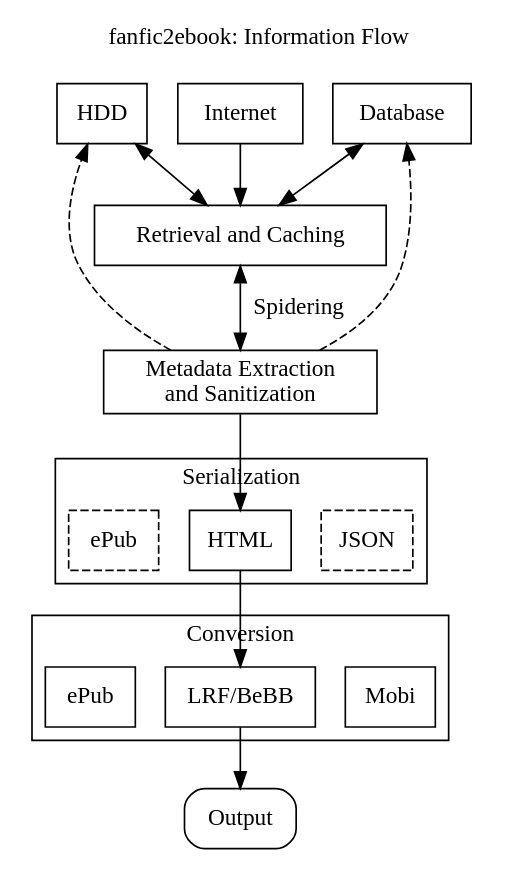
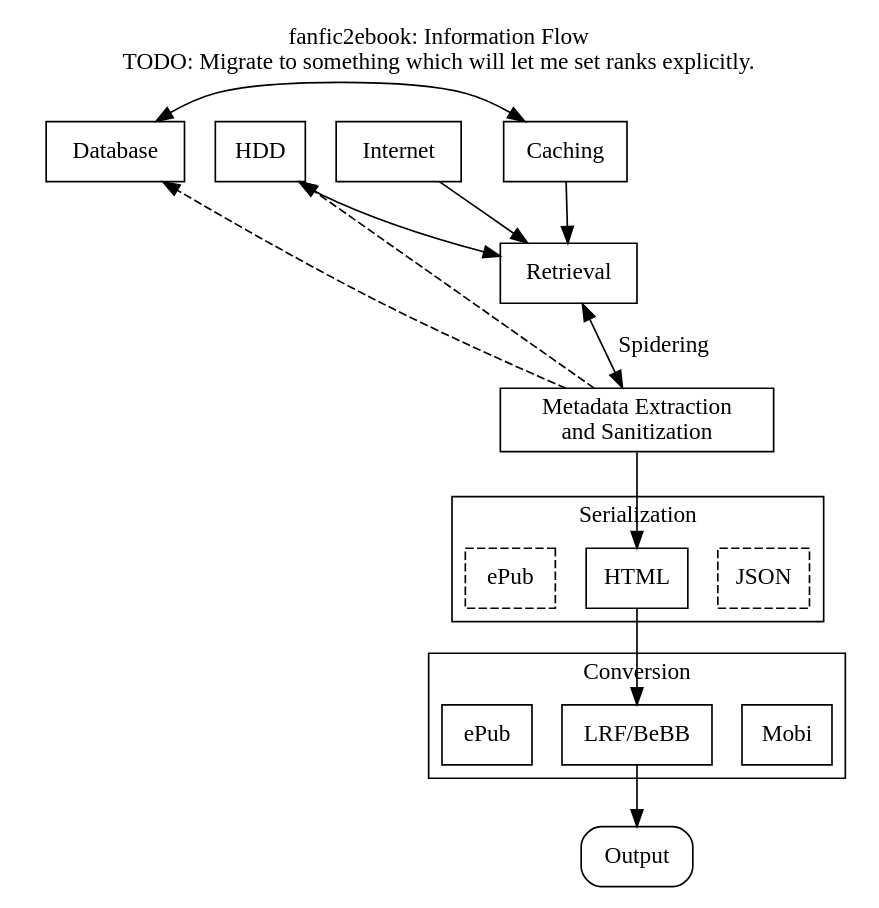
The diagram in architecture.dot (ssokolow/fanfic2ebook), drawn with Graphviz before and after one commit.

Commit message:
Split apart caching and retrieval in the diagram too.

```diff
--- a/architecture.dot
+++ b/architecture.dot
@@ -1,45 +1,51 @@
 /* TODO: Figure out how to make the arrows go to the clusters, rather than
  * their contents. */
 
 digraph G {
     labelloc=t;
     node [shape=box];
 
     subgraph cluster_sources {
         style=invisible;
+        hdd [label="HDD"];
+        internet [label="Internet"];
         db [label="Database"];
-        internet [label="Internet"];
-        hdd [label="HDD"];
     }
 
-    retrieval [label="Retrieval and Caching"];
-    parsing [label="Metadata Extraction\nand Sanitization"];
+    subgraph cluster_spidering {
+        style=invisible;
+        /* TODO: Each of these should be its own rank. */
+        cache [label="Caching"];
+        retrieval [label="Retrieval"];
+        parsing [label="Metadata Extraction\nand Sanitization"];
+    }
 
     subgraph cluster_serialization {
         label = "Serialization";
         ser_json [label="JSON",style=dashed];
         ser_html [label="HTML"];
         ser_epub [label="ePub",style=dashed];
     }
 
     subgraph cluster_conversion {
         label = "Conversion";
         conv_mobi  [label="Mobi"];
         conv_lrf  [label="LRF/BeBB"];
         conv_epub [label="ePub"];
     }
 
     output [label="Output",style=rounded];
 
     internet -> retrieval;
+    db -> cache [dir=both];
     hdd -> retrieval [dir=both];
-    db -> retrieval [dir=both];
+    cache -> retrieval;
     retrieval -> parsing [dir=both,label="Spidering"];
     parsing -> hdd [style=dashed];
     parsing -> db [style=dashed];
     parsing -> ser_html;
     ser_html -> conv_lrf;
     conv_lrf -> output;
 
-    label="fanfic2ebook: Information Flow";
+    label="fanfic2ebook: Information Flow\nTODO: Migrate to something which will let me set ranks explicitly.";
 }
```
